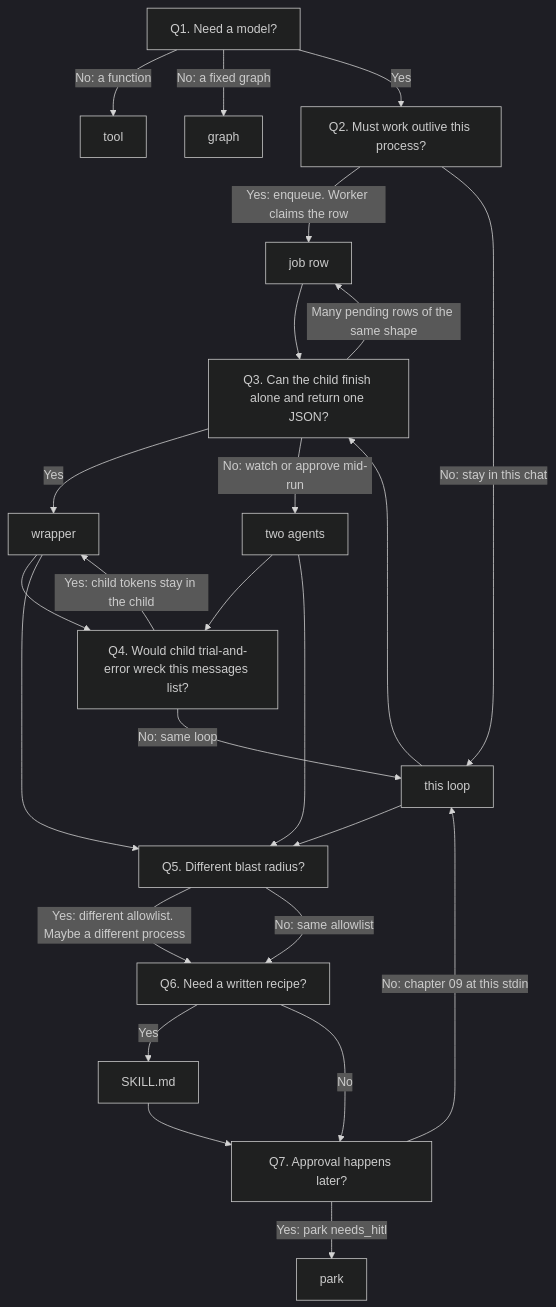
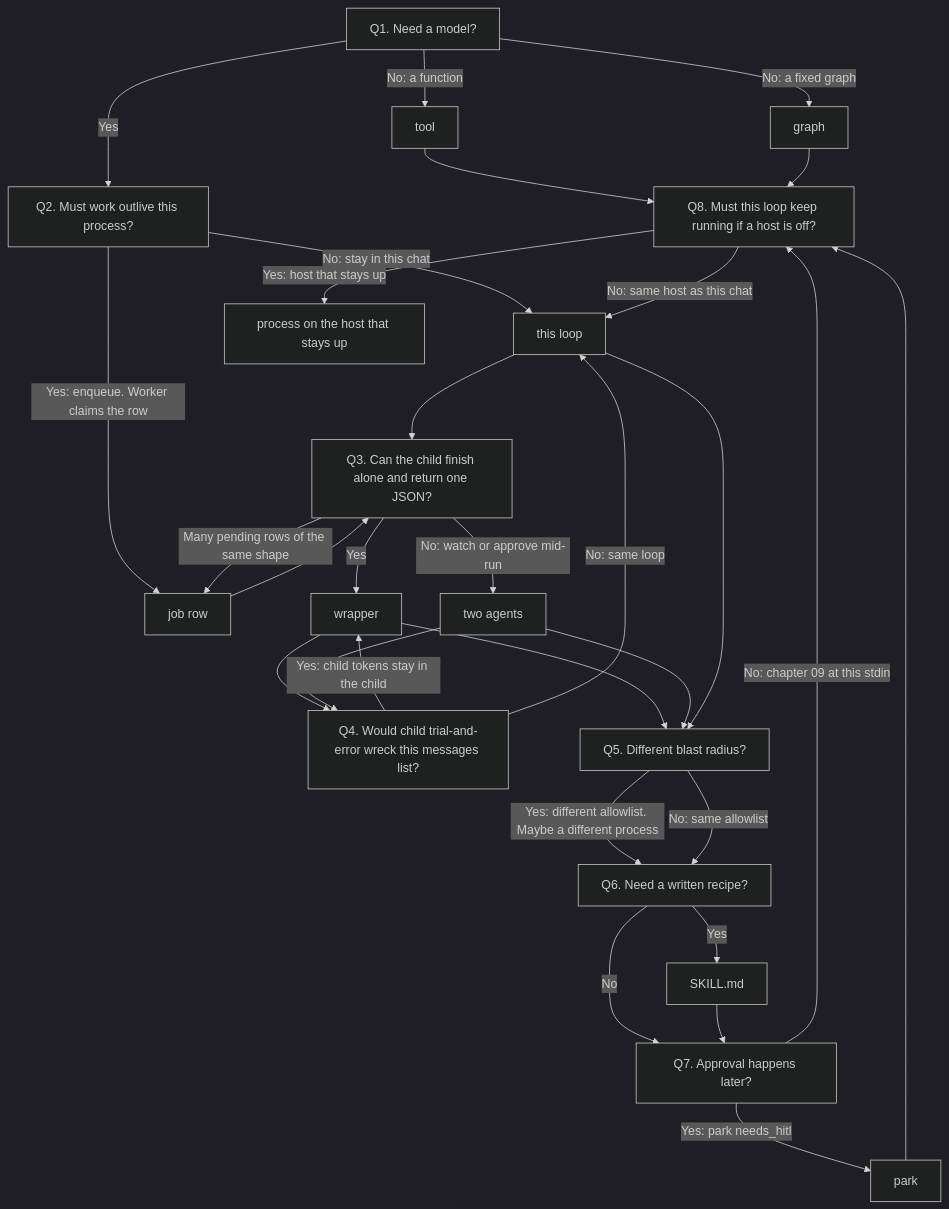
Before and after one commit to jacobbweber/AgenticAI-Labs: the diagram in resources/decisions/01_when_x_vs_y.md, drawn with Mermaid (dark theme). The commit also changed other lines of this file, not shown here.

Commit message:
Add Q8: which host runs the loop

````diff
--- a/resources/decisions/01_when_x_vs_y.md
+++ b/resources/decisions/01_when_x_vs_y.md
@@ -58,42 +64,49 @@
 ```mermaid
 flowchart TD
     dec01_q1["Q1. Need a model?"]
     dec01_tool["tool"]
     dec01_graph["graph"]
     dec01_q2["Q2. Must work outlive this process?"]
     dec01_job["job row"]
     dec01_loop["this loop"]
     dec01_q3["Q3. Can the child finish alone and return one JSON?"]
     dec01_wrap["wrapper"]
     dec01_two["two agents"]
     dec01_q4["Q4. Would child trial-and-error wreck this messages list?"]
     dec01_q5["Q5. Different blast radius?"]
     dec01_q6["Q6. Need a written recipe?"]
     dec01_skill["SKILL.md"]
     dec01_q7["Q7. Approval happens later?"]
     dec01_park["park"]
+    dec01_q8["Q8. Must this loop keep running if a host is off?"]
+    dec01_host_up["process on the host that stays up"]
     dec01_q1 -->|"No: a function"| dec01_tool
     dec01_q1 -->|"No: a fixed graph"| dec01_graph
     dec01_q1 -->|"Yes"| dec01_q2
     dec01_q2 -->|"Yes: enqueue. Worker claims the row"| dec01_job
     dec01_q2 -->|"No: stay in this chat"| dec01_loop
     dec01_job --> dec01_q3
     dec01_loop --> dec01_q3
     dec01_q3 -->|"Yes"| dec01_wrap
     dec01_q3 -->|"No: watch or approve mid-run"| dec01_two
     dec01_q3 -->|"Many pending rows of the same shape"| dec01_job
     dec01_wrap --> dec01_q4
     dec01_two --> dec01_q4
     dec01_q4 -->|"Yes: child tokens stay in the child"| dec01_wrap
     dec01_q4 -->|"No: same loop"| dec01_loop
     dec01_wrap --> dec01_q5
     dec01_two --> dec01_q5
     dec01_loop --> dec01_q5
     dec01_q5 -->|"Yes: different allowlist. Maybe a different process"| dec01_q6
     dec01_q5 -->|"No: same allowlist"| dec01_q6
     dec01_q6 -->|"Yes"| dec01_skill
     dec01_q6 -->|"No"| dec01_q7
     dec01_skill --> dec01_q7
     dec01_q7 -->|"Yes: park needs_hitl"| dec01_park
-    dec01_q7 -->|"No: chapter 09 at this stdin"| dec01_loop
+    dec01_q7 -->|"No: chapter 09 at this stdin"| dec01_q8
+    dec01_park --> dec01_q8
+    dec01_q8 -->|"Yes: host that stays up"| dec01_host_up
+    dec01_q8 -->|"No: same host as this chat"| dec01_loop
+    dec01_tool --> dec01_q8
+    dec01_graph --> dec01_q8
 ```
````
